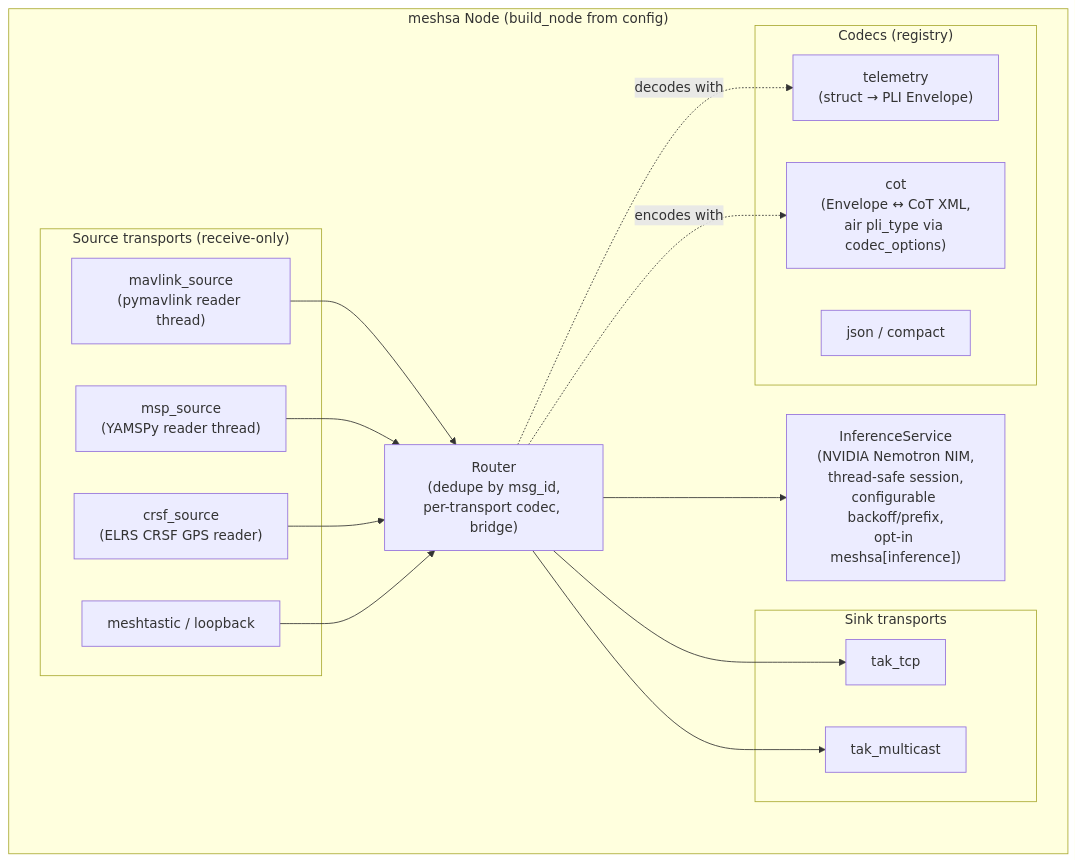
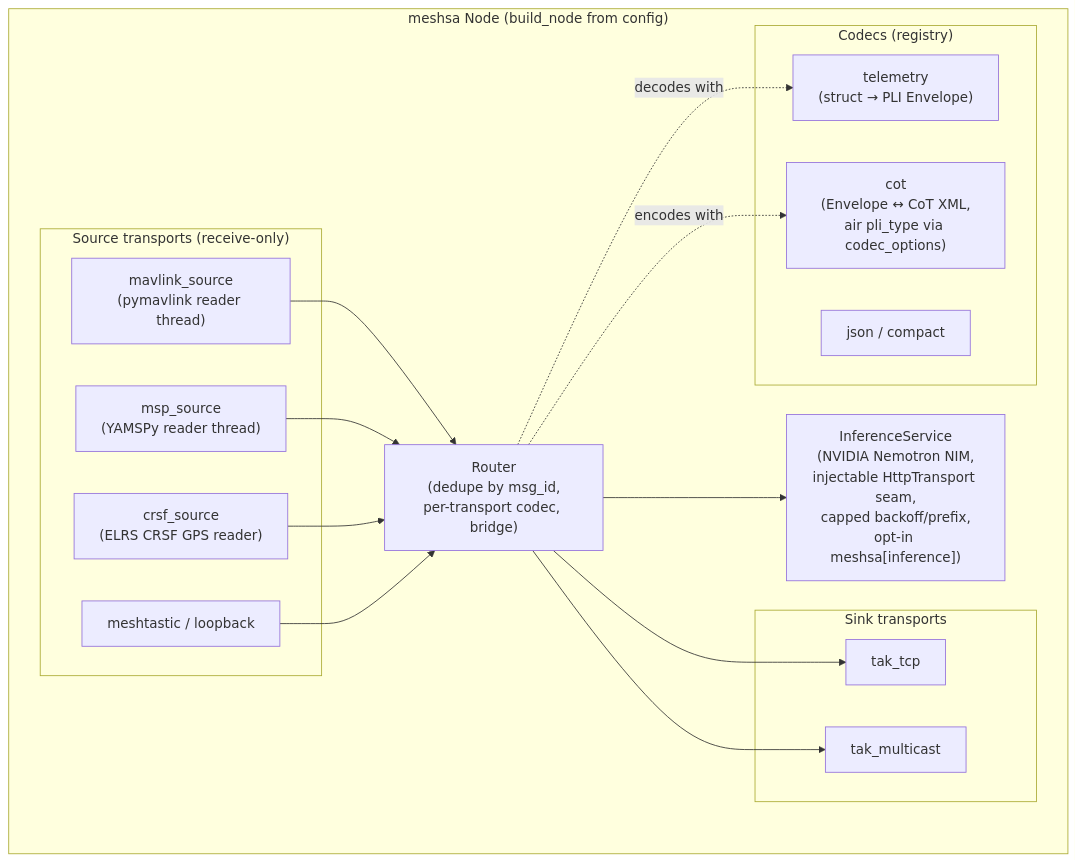
Before and after one commit to ianshank/GCP-Drone-Comms-Unit: the third of 4 diagrams in docs/C4.md, drawn with Mermaid. The commit also changed other lines of this file and 8 other files, not shown here.

First line of the commit message:
harden(inference): fail-fast 4xx, capped backoff, neutral errors, testable transport

````diff
--- a/docs/C4.md
+++ b/docs/C4.md
@@ -57,31 +57,31 @@
 ```mermaid
 flowchart TB
     subgraph node["meshsa Node (build_node from config)"]
         router["Router<br/>(dedupe by msg_id,<br/>per-transport codec, bridge)"]
         subgraph sources["Source transports (receive-only)"]
             mav["mavlink_source<br/>(pymavlink reader thread)"]
             msp["msp_source<br/>(YAMSPy reader thread)"]
             crsf["crsf_source<br/>(ELRS CRSF GPS reader)"]
             mtx["meshtastic / loopback"]
         end
         subgraph sinks["Sink transports"]
             taktcp["tak_tcp"]
             takmc["tak_multicast"]
         end
         subgraph codecs["Codecs (registry)"]
             tel["telemetry<br/>(struct → PLI Envelope)"]
             cot["cot<br/>(Envelope ↔ CoT XML,<br/>air pli_type via codec_options)"]
             jsonc["json / compact"]
         end
         mav --> router
         msp --> router
         crsf --> router
         mtx --> router
         router --> taktcp
         router --> takmc
         router -. decodes with .-> tel
         router -. encodes with .-> cot
-        infer["InferenceService<br/>(NVIDIA Nemotron NIM,<br/>thread-safe session,<br/>configurable backoff/prefix,<br/>opt-in meshsa[inference])"]
+        infer["InferenceService<br/>(NVIDIA Nemotron NIM,<br/>injectable HttpTransport seam,<br/>capped backoff/prefix,<br/>opt-in meshsa[inference])"]
         router --> infer
     end
 ```
````
